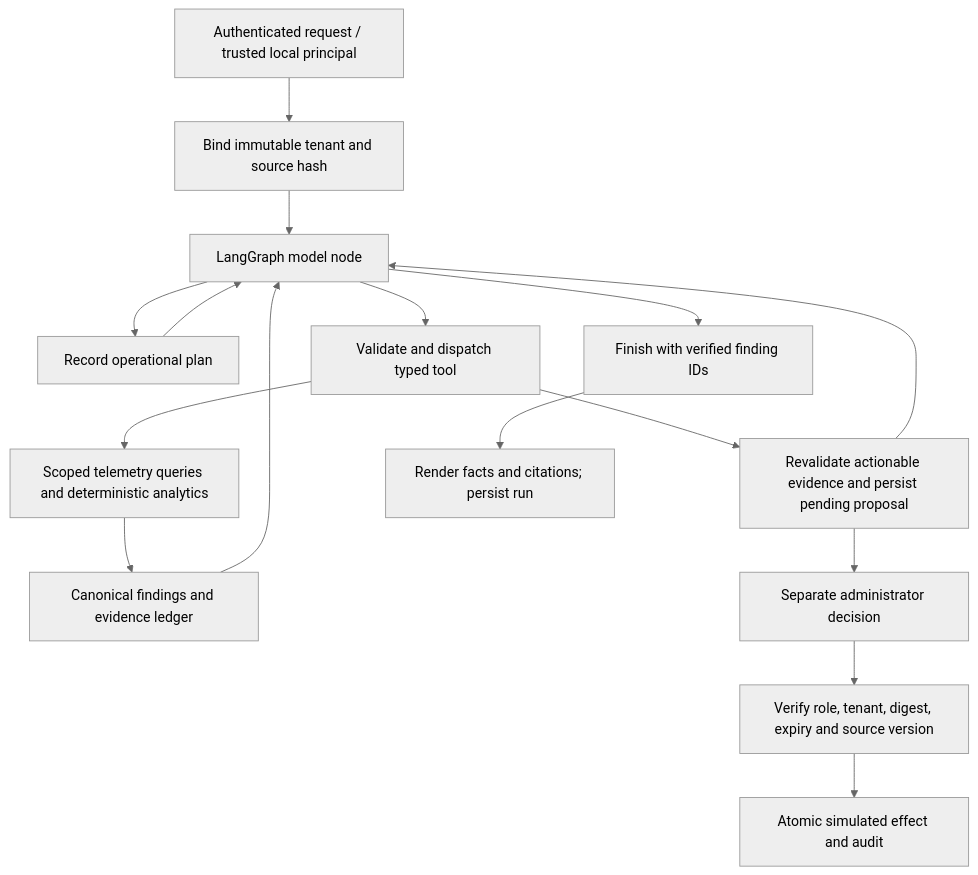
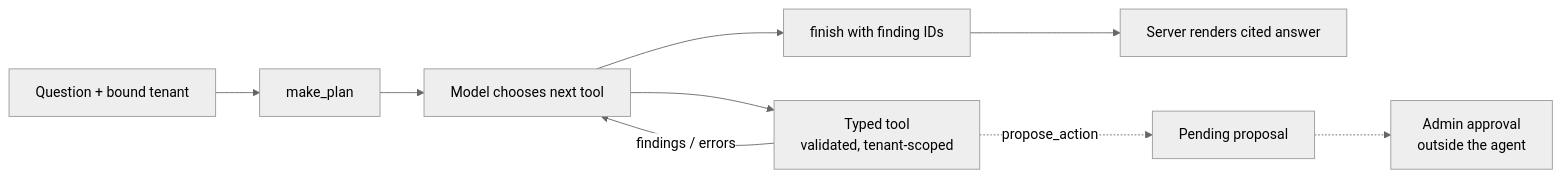
The diagram in README.md (viktority/rayda-fleet-copilot), drawn with Mermaid (neutral theme) before and after one commit. The commit also changed other lines of this file and 7 other files, not shown here.

````diff
--- a/README.md
+++ b/README.md
@@ -149,18 +72,11 @@
 ```mermaid
-flowchart TD
-    U[Authenticated request / trusted local principal] --> S[Bind immutable tenant and source hash]
-    S --> M[LangGraph model node]
-    M --> P[Record operational plan]
-    P --> M
-    M --> T[Validate and dispatch typed tool]
-    T --> Q[Scoped telemetry queries and deterministic analytics]
-    Q --> E[Canonical findings and evidence ledger]
-    E --> M
-    T --> A[Revalidate actionable evidence and persist pending proposal]
-    A --> M
-    M --> F[Finish with verified finding IDs]
-    F --> R[Render facts and citations; persist run]
-    A --> H[Separate administrator decision]
-    H --> V[Verify role, tenant, digest, expiry and source version]
-    V --> X[Atomic simulated effect and audit]
+flowchart LR
+    Q[Question + bound tenant] --> P[make_plan]
+    P --> M[Model chooses next tool]
+    M --> T[Typed tool<br/>validated, tenant-scoped]
+    T -->|findings / errors| M
+    M --> F[finish with finding IDs]
+    F --> R[Server renders cited answer]
+    T -.->|propose_action| A[Pending proposal]
+    A -.-> H[Admin approval<br/>outside the agent]
 ```
````
